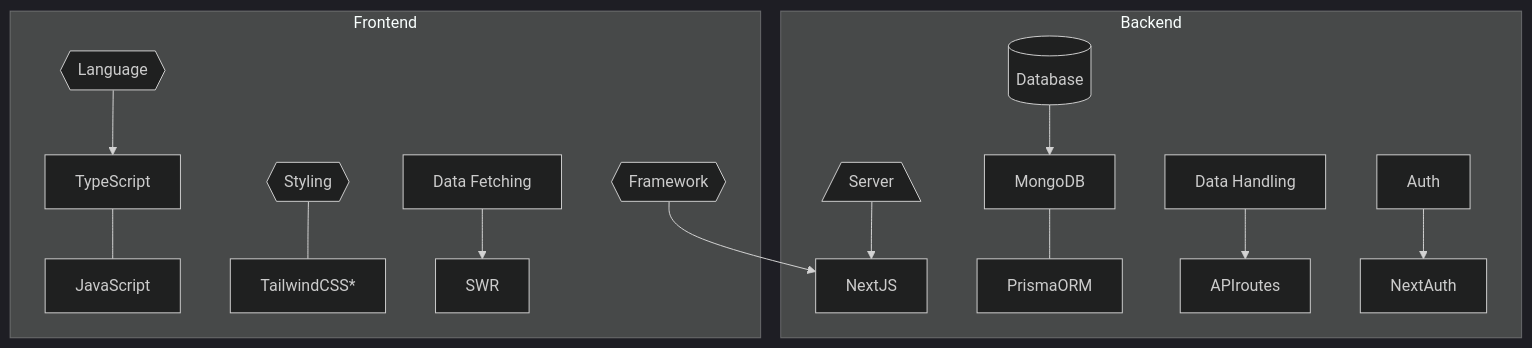
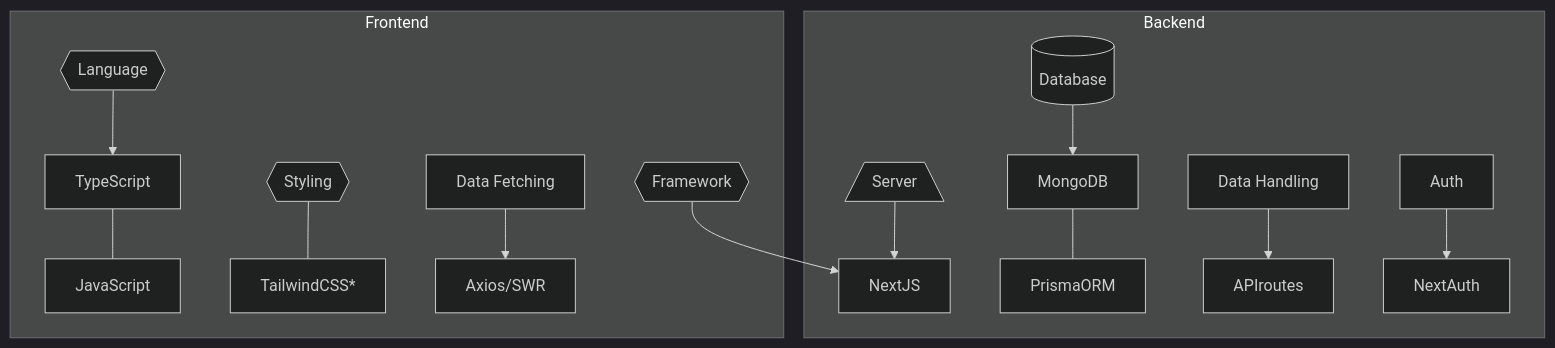
The first of 3 diagrams in README.md (kezzaam/guidinglight), drawn with Mermaid (dark theme) before and after one commit. The commit also changed 22 other files, not shown here.

````diff
--- a/README.md
+++ b/README.md
@@ -32,15 +32,15 @@
 ```mermaid
 flowchart TB
     subgraph Backend
     id0[/Server\]-->NextJS
     id1[(Database)]-->MongoDB---PrismaORM
     id3[Data Handling]-->APIroutes
     id4[Auth]-->NextAuth
     end
     subgraph Frontend
     id2{{Framework}}-->NextJS
     id5{{Language}}-->TypeScript---JavaScript
     id6{{Styling}}---TailwindCSS*
-    id7[Data Fetching]-->SWR
+    id7[Data Fetching]-->Axios/SWR
     end
 ```
````
